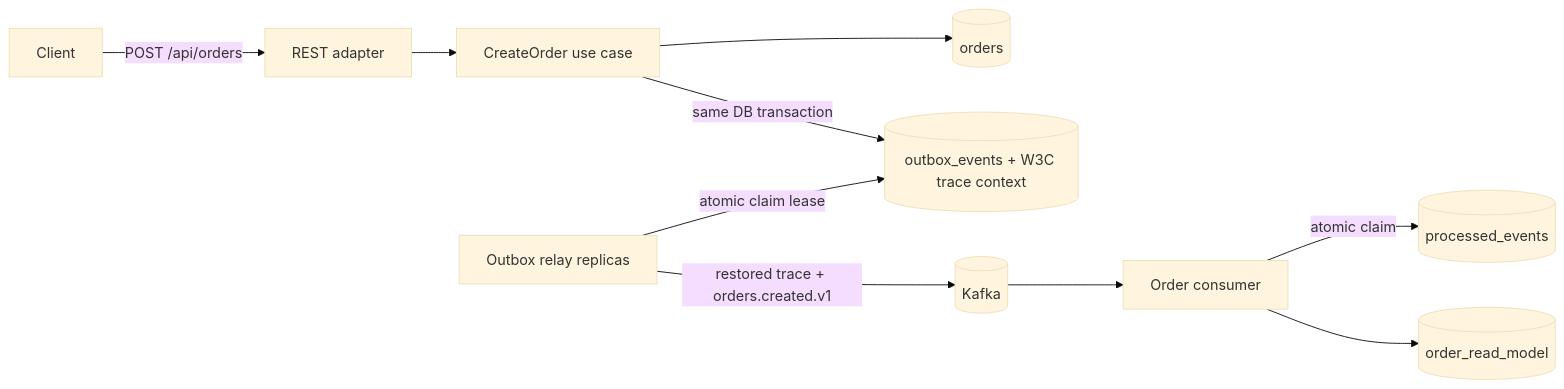
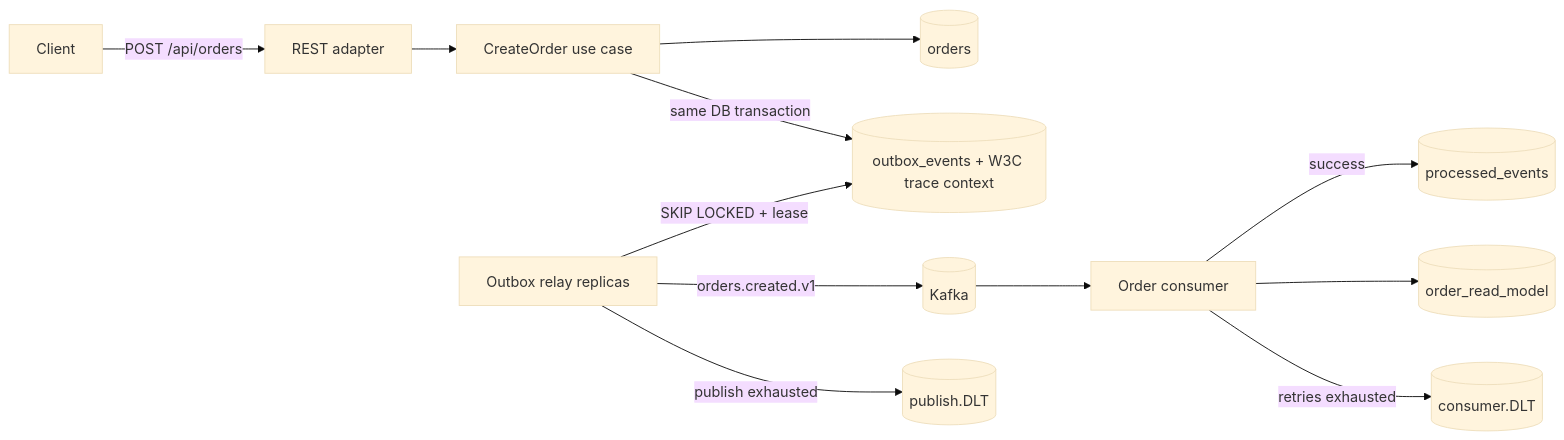
One commit to zakaria-source/eventflow changed the diagram in README.md. Above: the diagram before and after it, drawn with Mermaid (base theme). The commit also changed other lines of this file and 6 other files, not shown here.

First line of the commit message:
feat: add consumer retries and poison-message DLT

````diff
--- a/README.md
+++ b/README.md
@@ -23,12 +21,14 @@
 ```mermaid
 flowchart LR
     C[Client] -->|POST /api/orders| API[REST adapter]
     API --> APP[CreateOrder use case]
     APP --> ORDERS[(orders)]
     APP -->|same DB transaction| OUTBOX[(outbox_events + W3C trace context)]
-    RELAY[Outbox relay replicas] -->|atomic claim lease| OUTBOX
-    RELAY -->|restored trace + orders.created.v1| KAFKA[(Kafka)]
+    RELAY[Outbox relay replicas] -->|SKIP LOCKED + lease| OUTBOX
+    RELAY -->|orders.created.v1| KAFKA[(Kafka)]
+    RELAY -->|publish exhausted| PDLT[(publish.DLT)]
     KAFKA --> CONSUMER[Order consumer]
-    CONSUMER -->|atomic claim| PROCESSED[(processed_events)]
+    CONSUMER -->|success| PROCESSED[(processed_events)]
     CONSUMER --> READ[(order_read_model)]
+    CONSUMER -->|retries exhausted| CDLT[(consumer.DLT)]
 ```
````
